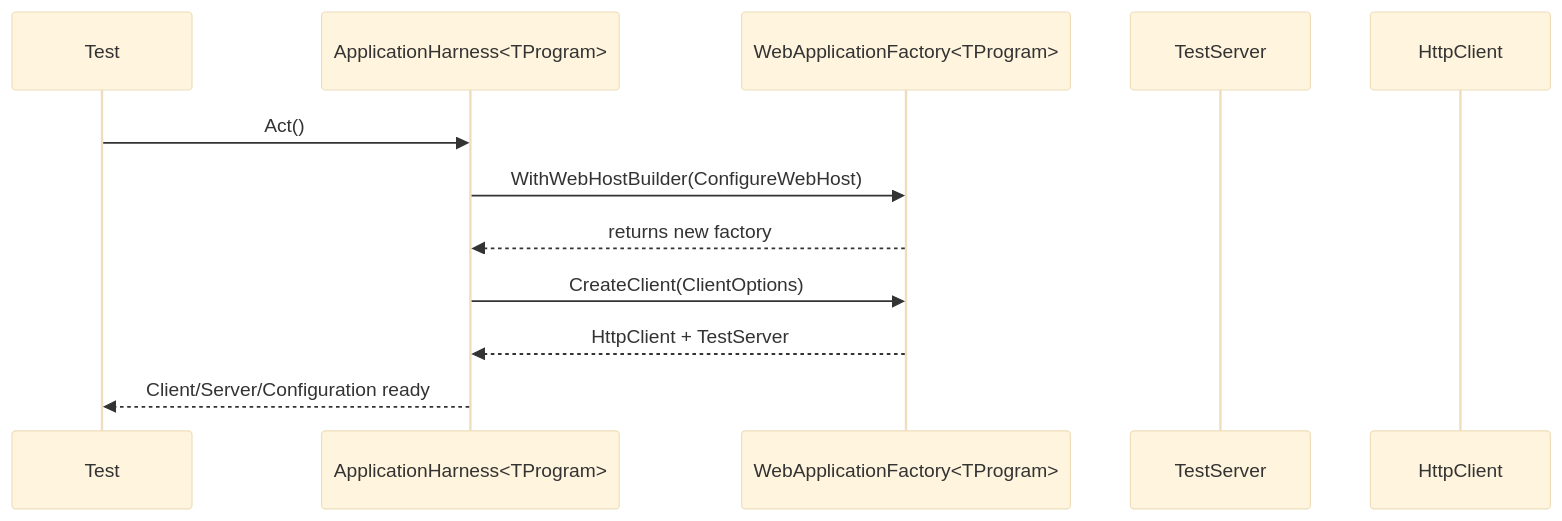
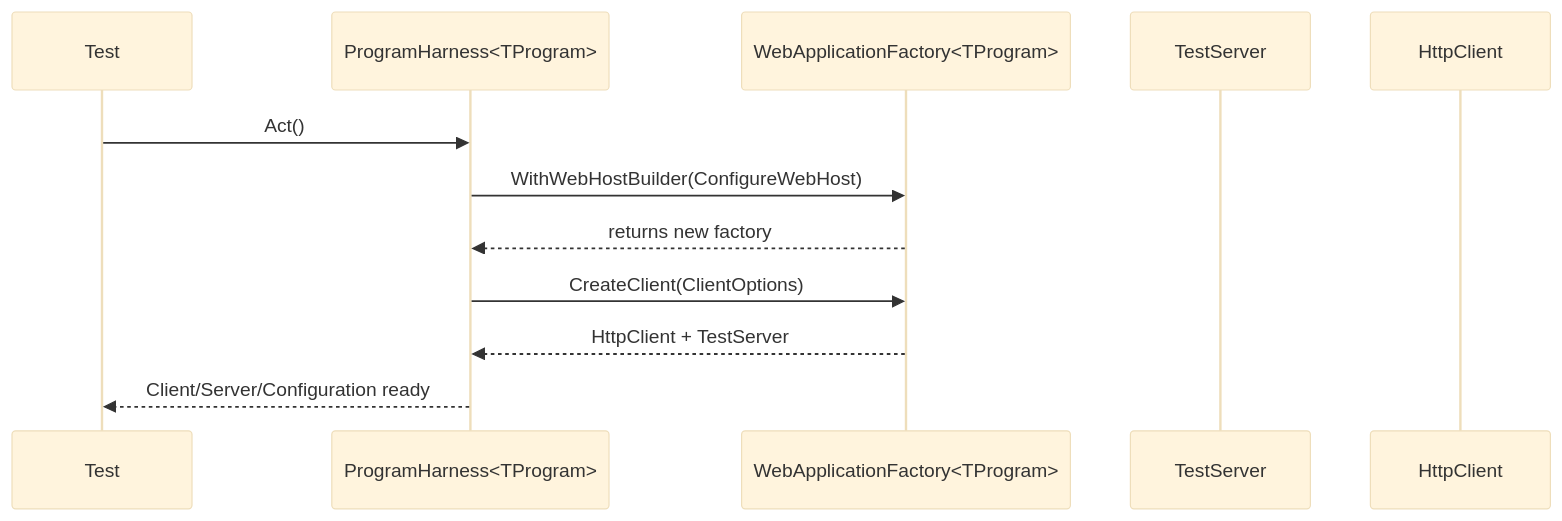
One commit to john-maurer/Maurer.XUnit.Utilities changed the second of 3 diagrams in README.md. Above: the diagram before and after it, drawn with Mermaid (base theme). The commit also changed other lines of this file, not shown here.

Commit message:
Update diagram

````diff
--- a/README.md
+++ b/README.md
@@ -151,15 +152,15 @@
 ```mermaid
 sequenceDiagram
 participant Test
-participant Harness as ApplicationHarness<TProgram>
+participant Harness as ProgramHarness<TProgram>
 participant WAF as WebApplicationFactory<TProgram>
 participant Host as TestServer
 participant Http as HttpClient
 
 Test->>Harness: Act()
 Harness->>WAF: WithWebHostBuilder(ConfigureWebHost)
 WAF-->>Harness: returns new factory
 Harness->>WAF: CreateClient(ClientOptions)
 WAF-->>Harness: HttpClient + TestServer
 Harness-->>Test: Client/Server/Configuration ready
 ```
````
